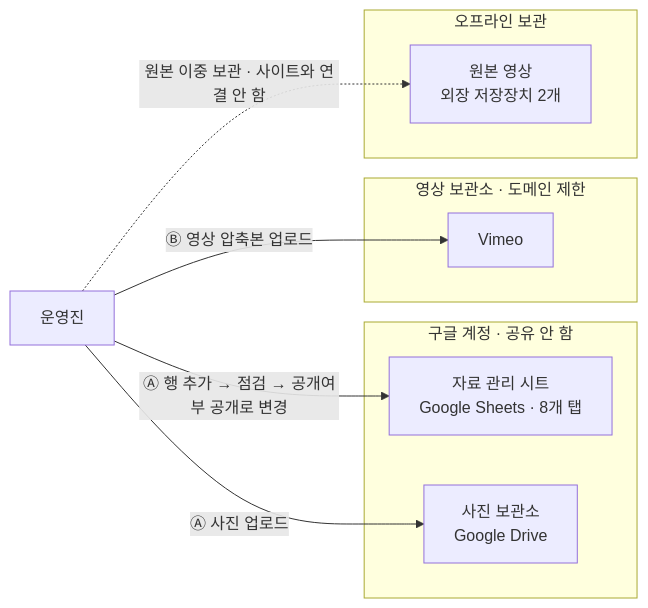
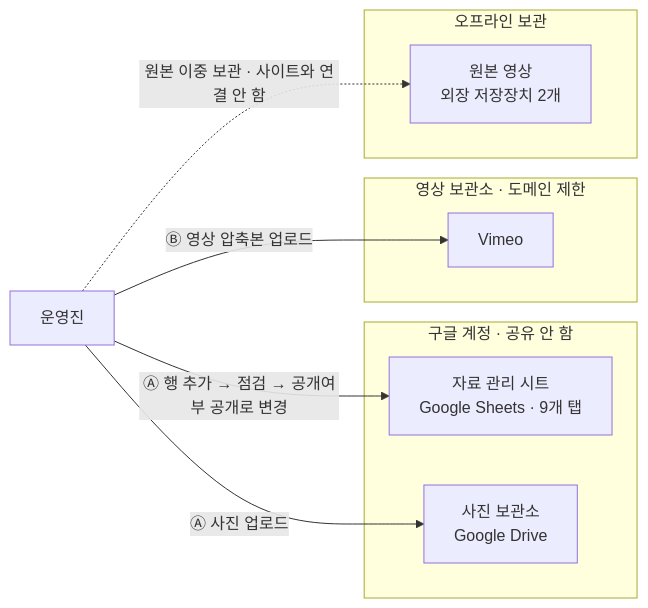
The second of 2 diagrams in docs/architecture.md (kartsgifted/archive), drawn with Mermaid before and after one commit. The commit also changed other lines of this file and 8 other files, not shown here.

````diff
--- a/docs/architecture.md
+++ b/docs/architecture.md
@@ -86,22 +86,22 @@
 ```mermaid
 flowchart LR
     staff["운영진"]
 
     subgraph GOOGLE["구글 계정 · 공유 안 함"]
-        sheet["자료 관리 시트<br/>Google Sheets · 8개 탭"]
+        sheet["자료 관리 시트<br/>Google Sheets · 9개 탭"]
         drive["사진 보관소<br/>Google Drive"]
     end
 
     subgraph VIMEO["영상 보관소 · 도메인 제한"]
         vimeo["Vimeo"]
     end
 
     subgraph OFFLINE["오프라인 보관"]
         disk["원본 영상<br/>외장 저장장치 2개"]
     end
 
     staff -->|"Ⓐ 행 추가 → 점검 → 공개여부 공개로 변경"| sheet
     staff -->|"Ⓐ 사진 업로드"| drive
     staff -->|"Ⓑ 영상 압축본 업로드"| vimeo
     staff -.->|"원본 이중 보관 · 사이트와 연결 안 함"| disk
 ```
````
